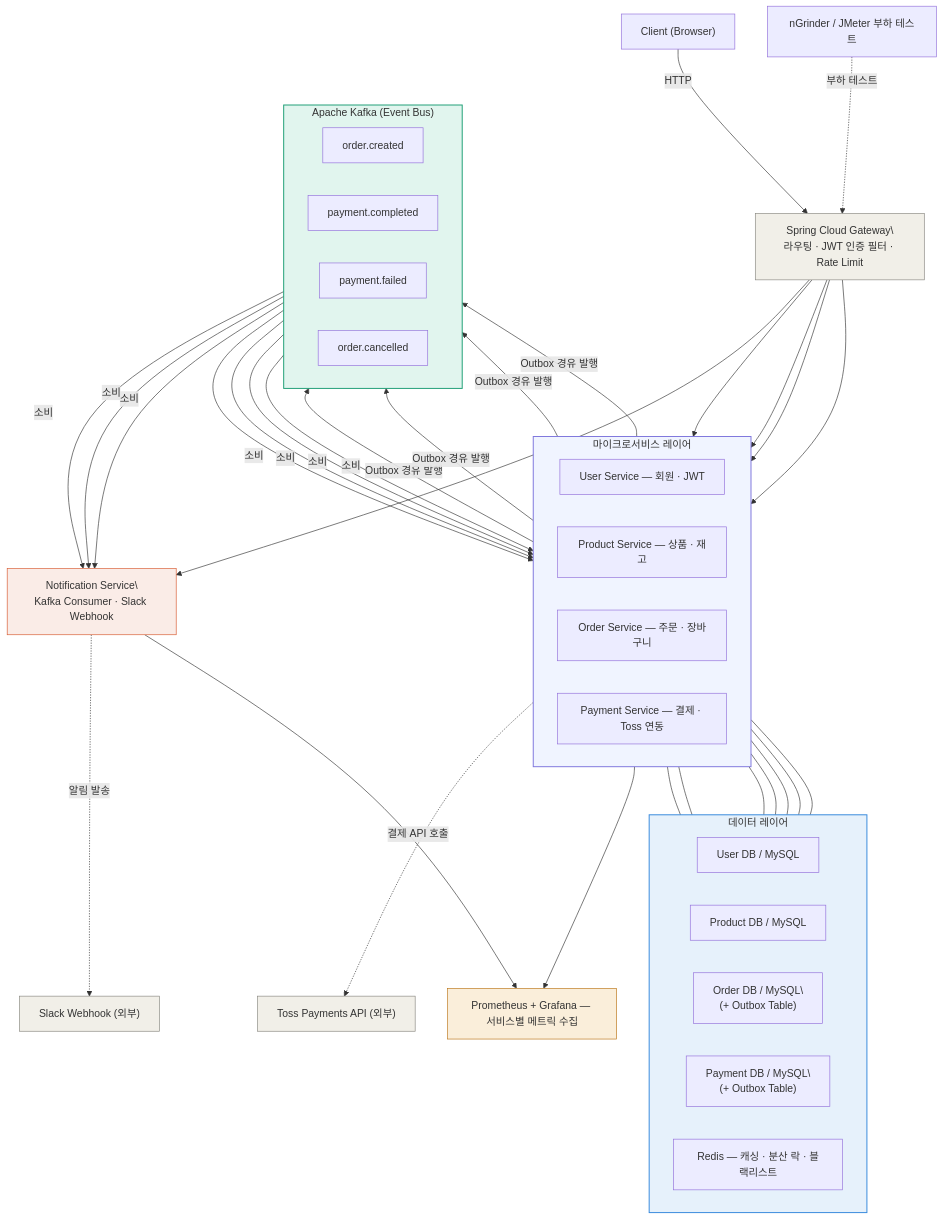
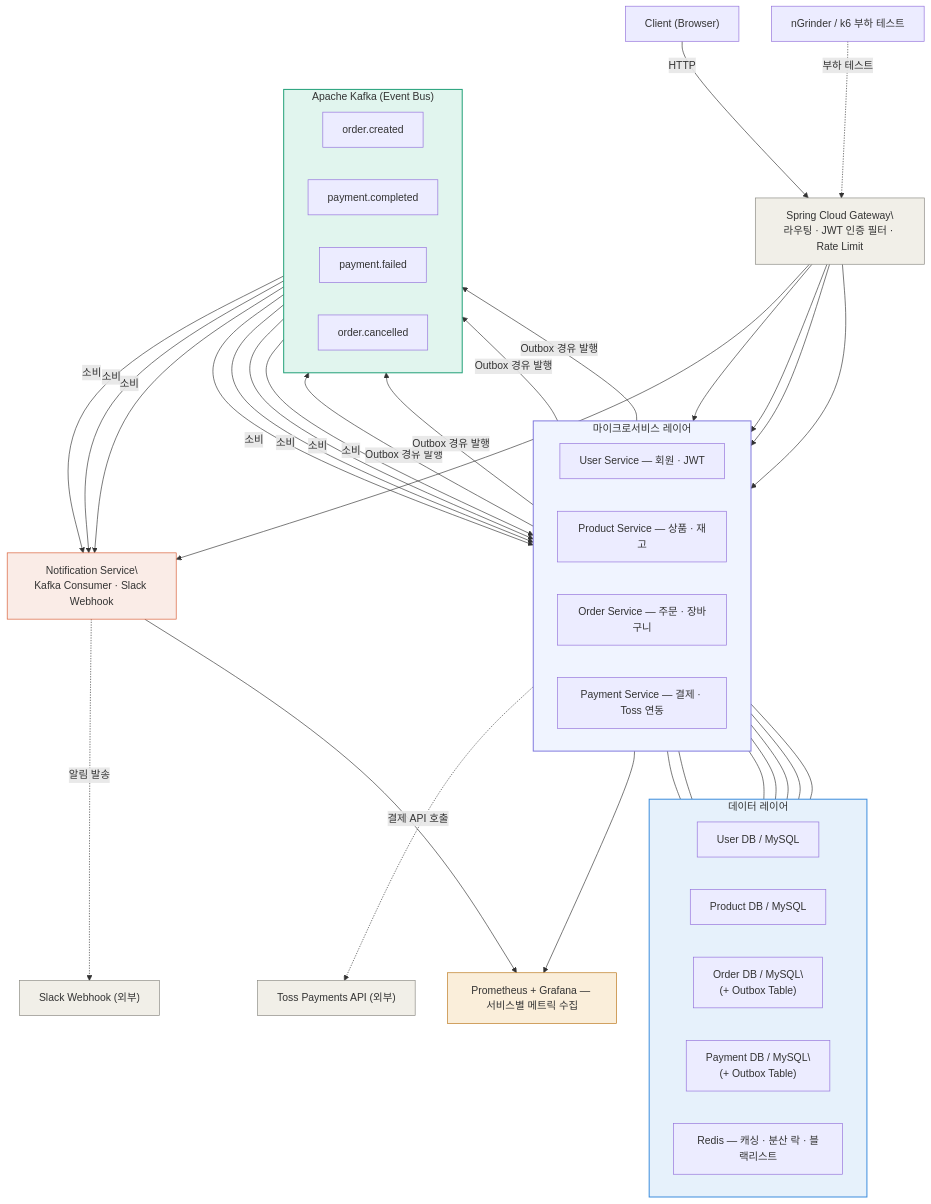
The second of 2 diagrams in docs/02-architecture.md (Kimgyuilli/PeakCart), drawn with Mermaid before and after one commit. The commit also changed 7 other files, not shown here.

````diff
--- a/docs/02-architecture.md
+++ b/docs/02-architecture.md
@@ -95,78 +95,78 @@
 ```mermaid
 graph TD
     Client["Client (Browser)"]
     Toss["Toss Payments API (외부)"]
     Slack["Slack Webhook (외부)"]
-    LB["nGrinder / JMeter 부하 테스트"]
+    LB["nGrinder / k6 부하 테스트"]
 
     Client -->|HTTP| Gateway["Spring Cloud Gateway\\n라우팅 · JWT 인증 필터 · Rate Limit"]
 
     Gateway --> UserSvc
     Gateway --> ProductSvc
     Gateway --> OrderSvc
     Gateway --> PaymentSvc
     Gateway --> NotificationSvc
 
     subgraph Services["마이크로서비스 레이어"]
         direction LR
         UserSvc["User Service — 회원 · JWT"]
         ProductSvc["Product Service — 상품 · 재고"]
         OrderSvc["Order Service — 주문 · 장바구니"]
         PaymentSvc["Payment Service — 결제 · Toss 연동"]
     end
 
     subgraph EventBus["Apache Kafka (Event Bus)"]
         direction LR
         T1["order.created"]
         T2["payment.completed"]
         T3["payment.failed"]
         T4["order.cancelled"]
     end
 
     OrderSvc -->|Outbox 경유 발행| T1
     PaymentSvc -->|Outbox 경유 발행| T2
     PaymentSvc -->|Outbox 경유 발행| T3
     OrderSvc -->|Outbox 경유 발행| T4
     T1 -->|소비| PaymentSvc
     T1 -->|소비| NotificationSvc
     T2 -->|소비| OrderSvc
     T2 -->|소비| NotificationSvc
     T3 -->|소비| OrderSvc
     T4 -->|소비| ProductSvc
     T4 -->|소비| NotificationSvc
 
     NotificationSvc["Notification Service\\nKafka Consumer · Slack Webhook"]
 
     subgraph DataLayer["데이터 레이어"]
         direction LR
         UserDB["User DB / MySQL"]
         ProductDB["Product DB / MySQL"]
         OrderDB["Order DB / MySQL\\n(+ Outbox Table)"]
         PaymentDB["Payment DB / MySQL\\n(+ Outbox Table)"]
         Redis["Redis — 캐싱 · 분산 락 · 블랙리스트"]
     end
 
     UserSvc --- UserDB
     ProductSvc --- ProductDB
     OrderSvc --- OrderDB
     PaymentSvc --- PaymentDB
     ProductSvc --- Redis
     OrderSvc --- Redis
     UserSvc --- Redis
     PaymentSvc -.->|결제 API 호출| Toss
     NotificationSvc -.->|알림 발송| Slack
 
     Monitoring["Prometheus + Grafana — 서비스별 메트릭 수집"]
     Services --> Monitoring
     NotificationSvc --> Monitoring
     LB -.->|부하 테스트| Gateway
 
     style Services fill:#f0f4ff,stroke:#7F77DD,stroke-width:1.5px
     style EventBus fill:#E1F5EE,stroke:#1D9E75,stroke-width:1.5px
     style DataLayer fill:#E6F1FB,stroke:#378ADD,stroke-width:1.5px
     style Gateway fill:#F1EFE8,stroke:#888780
     style NotificationSvc fill:#FAECE7,stroke:#D85A30
     style Monitoring fill:#FAEEDA,stroke:#BA7517
     style Toss fill:#F1EFE8,stroke:#888780
     style Slack fill:#F1EFE8,stroke:#888780
 ```
````
